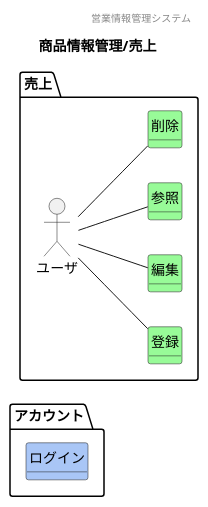
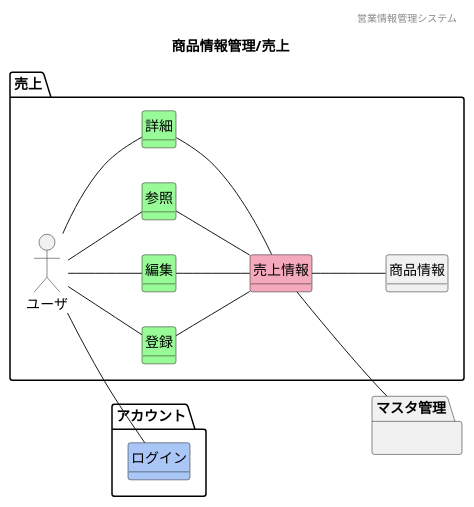
One commit to HaruShim/Sotuken changed the diagram in 各種設計書/1ドメインモデル図/商品情報管理/F11売上.plantuml. Above: the diagram before and after it, drawn with PlantUML. The commit also changed 13 other files, not shown here.

```diff
--- a/各種設計書/1ドメインモデル図/商品情報管理/F11売上.plantuml
+++ b/各種設計書/1ドメインモデル図/商品情報管理/F11売上.plantuml
@@ -1,38 +1,49 @@
 @startuml images/商品情報管理/売上
 ' ヘッダー
 header 営業情報管理システム
 ' タイトル
 title 商品情報管理/売上
 ' 
 hide circle
 ' 
 hide method
 left to right direction
 
 package "アカウント"{
     class "ログイン" #A9C6F6
 }
 
 package "売上" {
     'ユーザや外部システム
     mix_actor "ユーザ"
     class "登録" #98fb98
     class "編集" #98fb98
     class "参照" #98fb98
-    class "削除" #98fb98
+    class "詳細" #98fb98
+    class "売上情報" #F5A9BC
+    class "商品情報"
+}
+    package "マスタ管理"{
+    }
     ' class "" #F5A9BC
     ' class "" #ffd700
 
     'モデル同士の関係
     ユーザ -- 参照
     ユーザ -- 登録
     ユーザ -- 編集
-    ユーザ -- 削除
+    ユーザ -- 詳細
+    ユーザ -- ログイン
+    参照 -- 売上情報
+    登録 -- 売上情報
+    編集 -- 売上情報
+    詳細 -- 売上情報
+    売上情報 -- 商品情報
+    売上情報 -- マスタ管理
 
     'ドメインクラスの属性
 
-}
 
 
 
 @enduml
```
